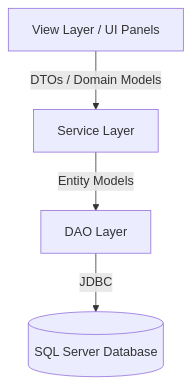
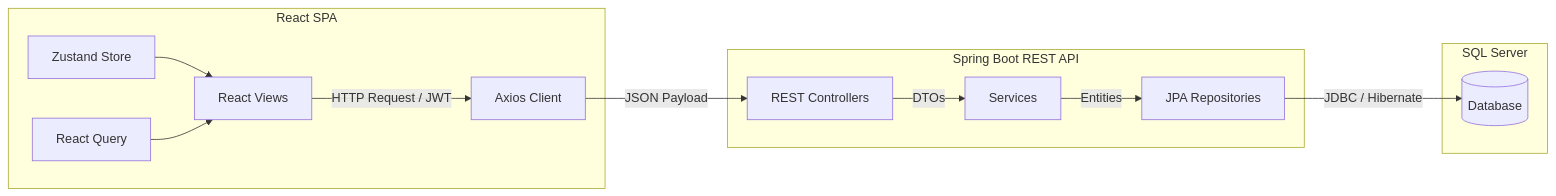
One commit to vtgh04/RapPhim changed the diagram in README.md. Above: the diagram before and after it, drawn with Mermaid. The commit also changed other lines of this file and 32 other files, not shown here.

````diff
--- a/README.md
+++ b/README.md
@@ -123,6 +91,18 @@
 ```mermaid
-graph TD
-    UI[View Layer / UI Panels] -->|DTOs / Domain Models| S[Service Layer]
-    S -->|Entity Models| DAO[DAO Layer]
-    DAO -->|JDBC| DB[(SQL Server Database)]
+graph LR
+    subgraph Frontend [React SPA]
+        Z[Zustand Store] --> View[React Views]
+        RQ[React Query] --> View
+        View -->|HTTP Request / JWT| Api[Axios Client]
+    end
+
+    subgraph Backend [Spring Boot REST API]
+        Api -->|JSON Payload| Ctrl[REST Controllers]
+        Ctrl -->|DTOs| Svc[Services]
+        Svc -->|Entities| Repo[JPA Repositories]
+    end
+
+    subgraph Database [SQL Server]
+        Repo -->|JDBC / Hibernate| DB[(Database)]
+    end
 ```
````
